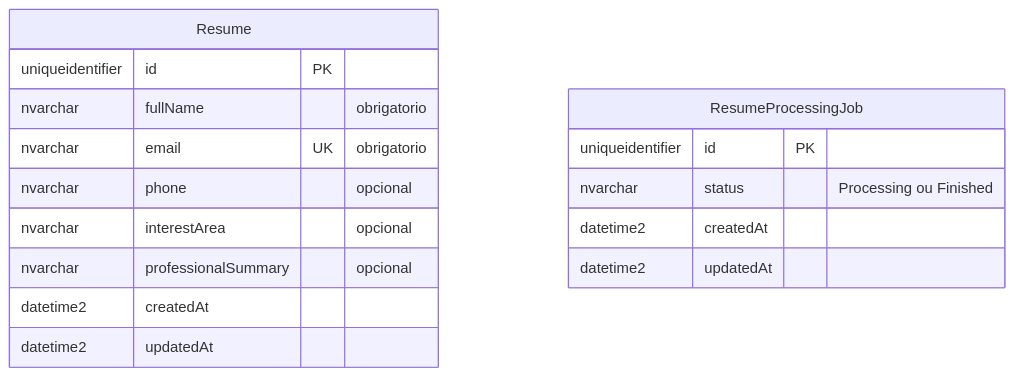
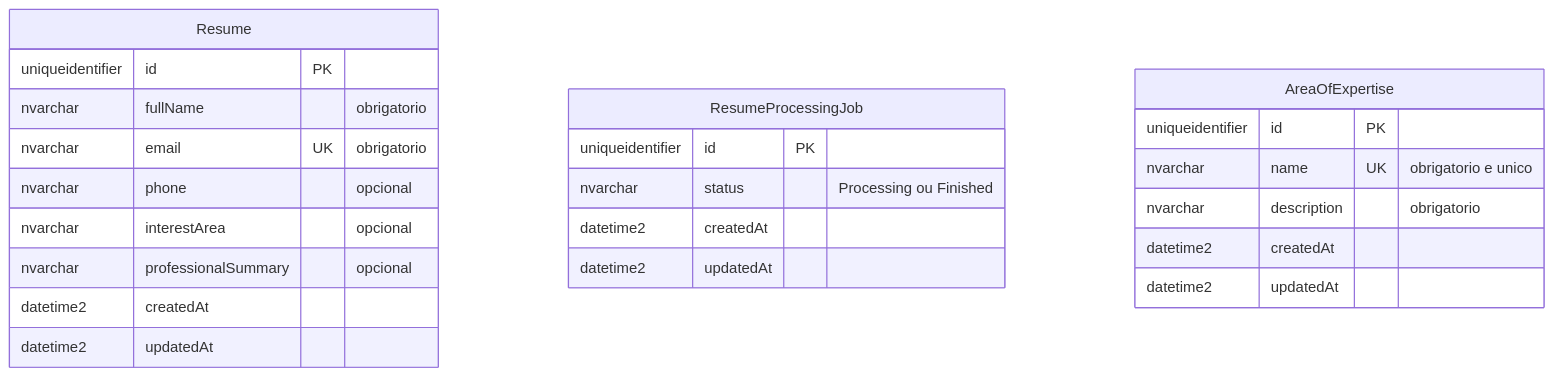
Before and after one commit to danilosiq/desafio-CIEE: the diagram in docs/diagrams/ResumeERD.mmd, drawn with Mermaid. The commit also changed 4 other files, not shown here.

Commit message:
docs: atualizar documentação e diagramas do projeto

```diff
--- a/docs/diagrams/ResumeERD.mmd
+++ b/docs/diagrams/ResumeERD.mmd
@@ -1,18 +1,26 @@
 erDiagram
     Resume {
         uniqueidentifier id PK
         nvarchar fullName "obrigatorio"
         nvarchar email UK "obrigatorio"
         nvarchar phone "opcional"
         nvarchar interestArea "opcional"
         nvarchar professionalSummary "opcional"
         datetime2 createdAt
         datetime2 updatedAt
     }
 
     ResumeProcessingJob {
         uniqueidentifier id PK
         nvarchar status "Processing ou Finished"
         datetime2 createdAt
         datetime2 updatedAt
     }
+
+    AreaOfExpertise {
+        uniqueidentifier id PK
+        nvarchar name UK "obrigatorio e unico"
+        nvarchar description "obrigatorio"
+        datetime2 createdAt
+        datetime2 updatedAt
+    }
```
